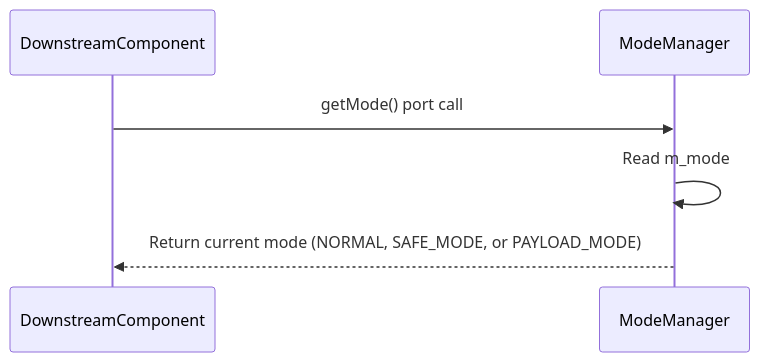
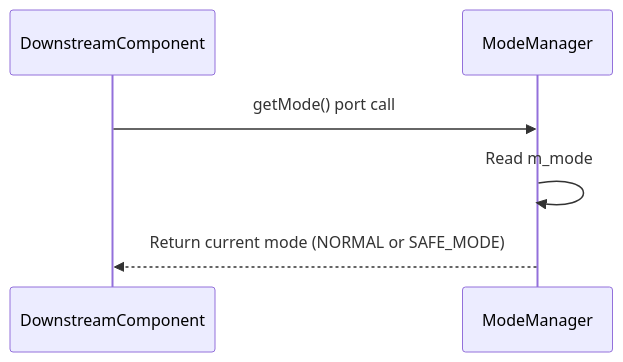
The seventh of 7 diagrams in FprimeZephyrReference/Components/ModeManager/docs/sdd.md (Open-Source-Space-Foundation/proves-core-reference), drawn with Mermaid before and after one commit. The commit also changed other lines of this file and 9 other files, not shown here.

Commit message:
re-implement safe and normal mode auto switch

````diff
--- a/FprimeZephyrReference/Components/ModeManager/docs/sdd.md
+++ b/FprimeZephyrReference/Components/ModeManager/docs/sdd.md
@@ -282,9 +300,9 @@
 ```mermaid
 sequenceDiagram
     participant DownstreamComponent
     participant ModeManager
 
     DownstreamComponent->>ModeManager: getMode() port call
     ModeManager->>ModeManager: Read m_mode
-    ModeManager-->>DownstreamComponent: Return current mode (NORMAL, SAFE_MODE, or PAYLOAD_MODE)
+    ModeManager-->>DownstreamComponent: Return current mode (NORMAL or SAFE_MODE)
 ```
````
